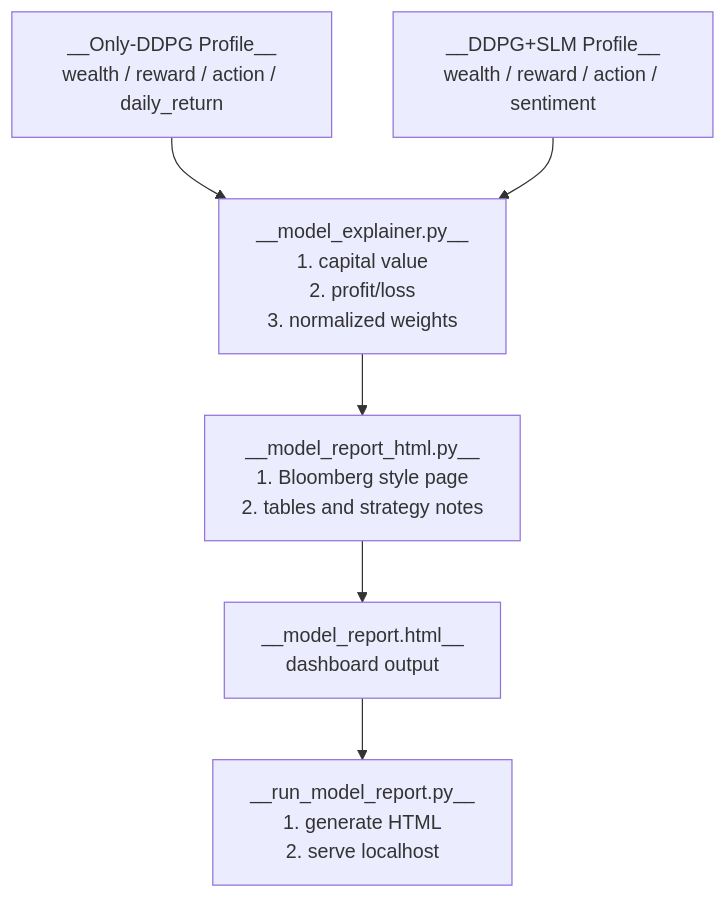
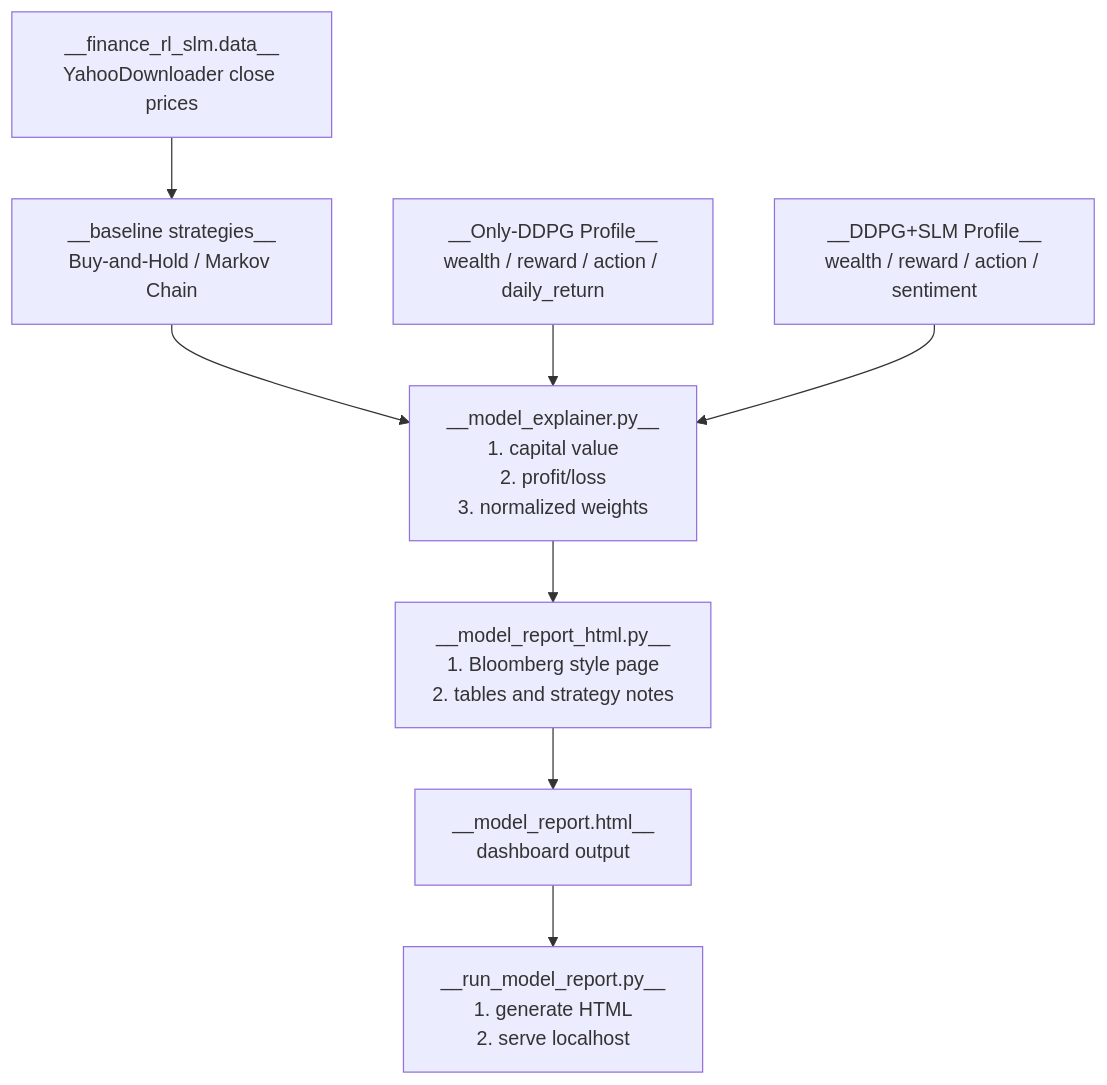
The diagram in version/README.md (tonywang07009/PY_Finance_RL_Project), drawn with Mermaid before and after one commit. The commit also changed other lines of this file and 76 other files, not shown here.

````diff
--- a/version/README.md
+++ b/version/README.md
@@ -21,17 +21,21 @@
 ```mermaid
 %% {init: {"flowchart": {"defaultRenderer": "elk"}} }%%
 %% The specy elk to daraw enegine
 flowchart TB
     P1[__Only-DDPG Profile__<br/>wealth / reward / action / daily_return]
     P2[__DDPG+SLM Profile__<br/>wealth / reward / action / sentiment]
+    YH[__finance_rl_slm.data__<br/>YahooDownloader close prices]
+    BASE[__baseline strategies__<br/>Buy-and-Hold / Markov Chain]
     EXP[__model_explainer.py__<br/>1. capital value<br/>2. profit/loss<br/>3. normalized weights]
     HTML[__model_report_html.py__<br/>1. Bloomberg style page<br/>2. tables and strategy notes]
     SRV[__run_model_report.py__<br/>1. generate HTML<br/>2. serve localhost]
     OUT[__model_report.html__<br/>dashboard output]
 
+    YH --> BASE
+    BASE --> EXP
     P1 --> EXP
     P2 --> EXP
     EXP --> HTML
     HTML --> OUT
     OUT --> SRV
 ```
````
